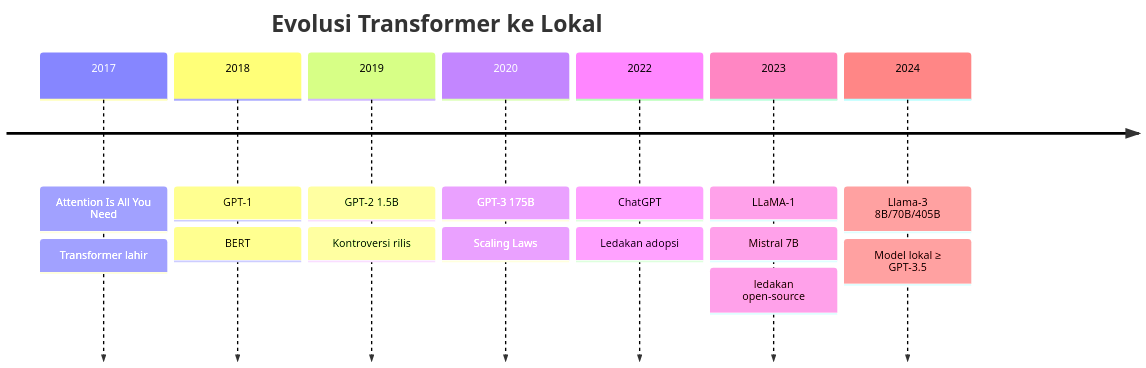
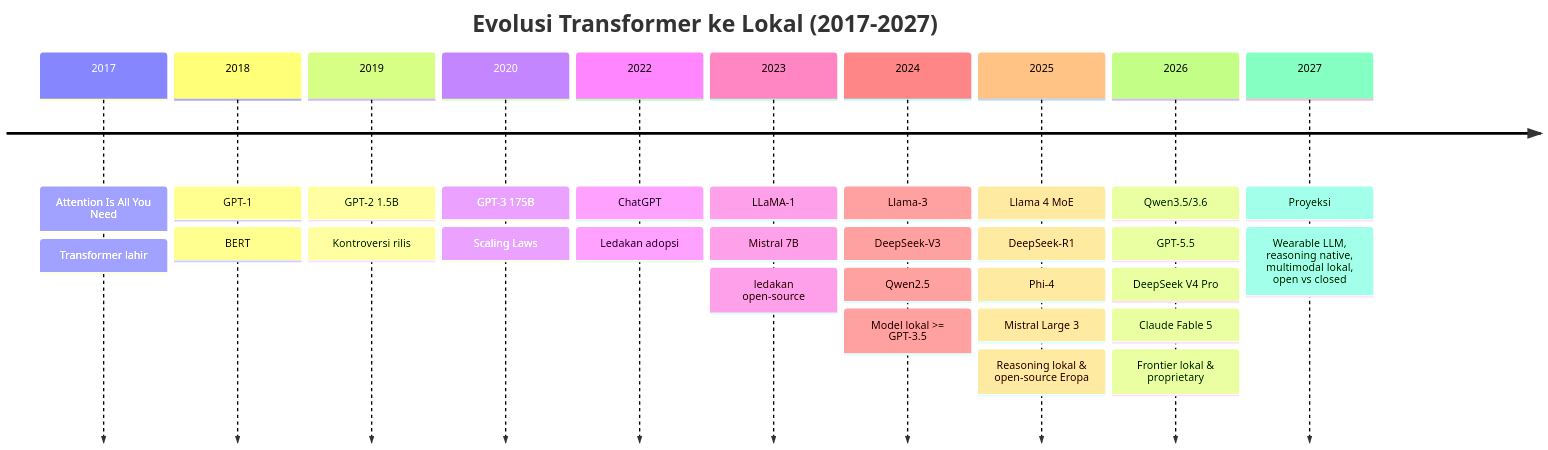
The diagram in guidelines/jilid-1/bab-01-model/sub-bab-1.md (bagaswap111/buku-kolaborasi-llm), drawn with Mermaid before and after one commit. The commit also changed other lines of this file and 83 other files, not shown here.

````diff
--- a/guidelines/jilid-1/bab-01-model/sub-bab-1.md
+++ b/guidelines/jilid-1/bab-01-model/sub-bab-1.md
@@ -94,11 +178,14 @@
 ```mermaid
 timeline
-    title Evolusi Transformer ke Lokal
+    title Evolusi Transformer ke Lokal (2017-2027)
     2017 : Attention Is All You Need : Transformer lahir
     2018 : GPT-1 : BERT
     2019 : GPT-2 1.5B : Kontroversi rilis
     2020 : GPT-3 175B : Scaling Laws
     2022 : ChatGPT : Ledakan adopsi
     2023 : LLaMA-1 : Mistral 7B : ledakan open-source
-    2024 : Llama-3 8B/70B/405B : Model lokal ≥ GPT-3.5
+    2024 : Llama-3 : DeepSeek-V3 : Qwen2.5 : Model lokal >= GPT-3.5
+    2025 : Llama 4 MoE : DeepSeek-R1 : Phi-4 : Mistral Large 3 : Reasoning lokal & open-source Eropa
+    2026 : Qwen3.5/3.6 : GPT-5.5 : DeepSeek V4 Pro : Claude Fable 5 : Frontier lokal & proprietary
+    2027 : Proyeksi: Wearable LLM, reasoning native, multimodal lokal, open vs closed
 ```
````
